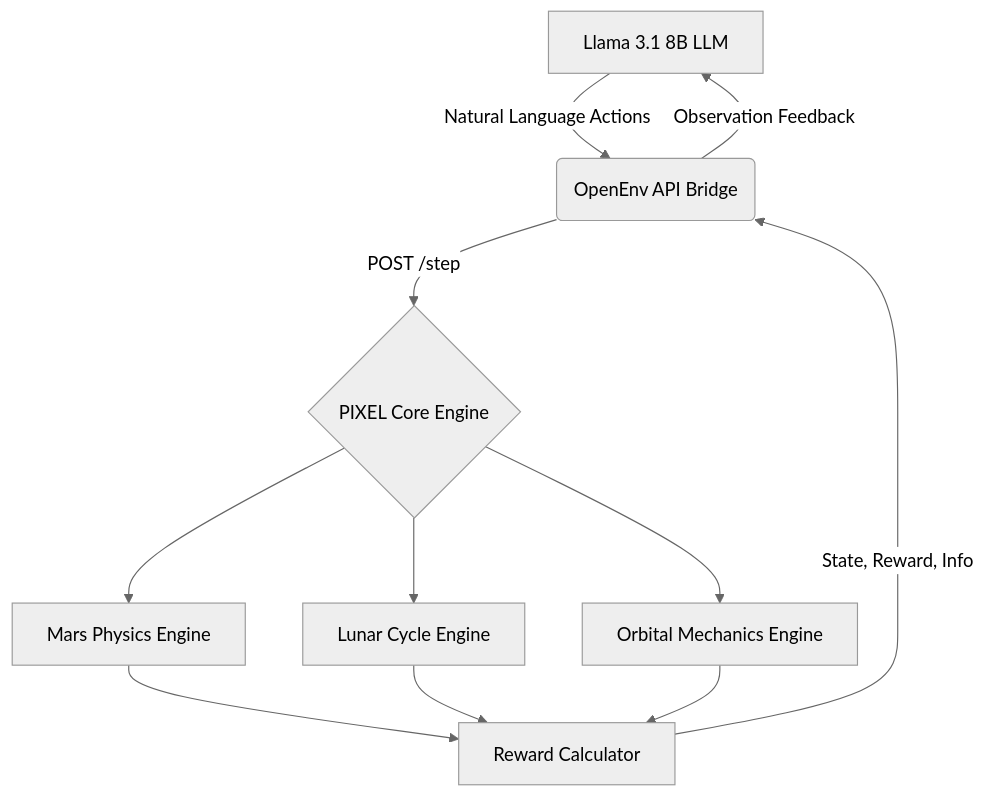
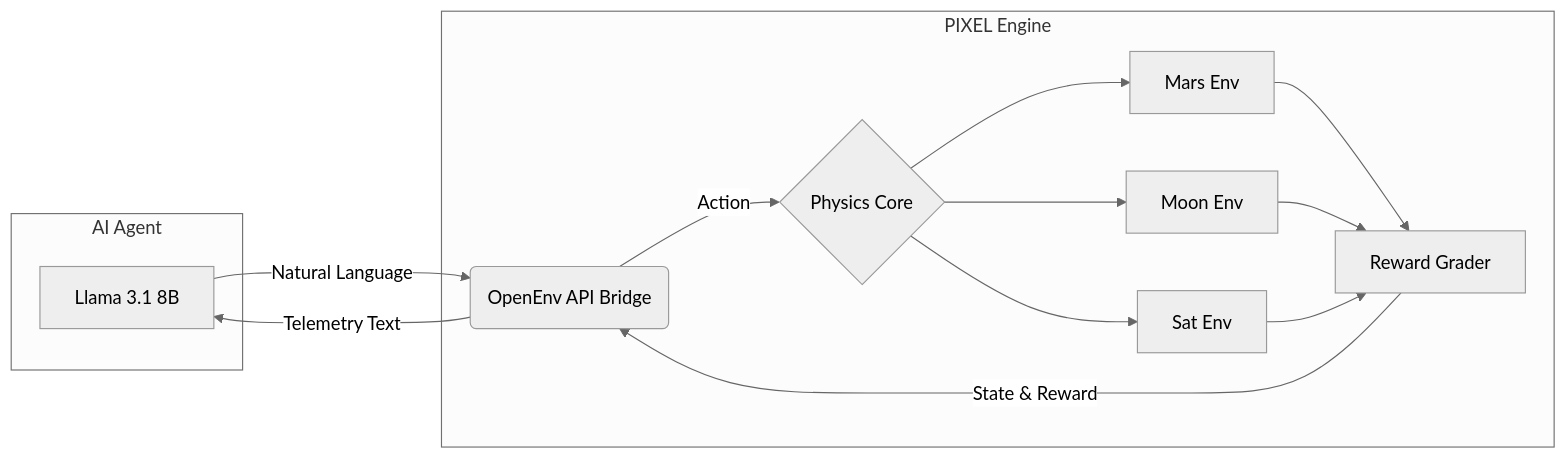
The diagram in README.md (Satyamgupta2365/PIXIE), drawn with Mermaid (neutral theme) before and after one commit. The commit also changed other lines of this file, not shown here.

````diff
--- a/README.md
+++ b/README.md
@@ -59,13 +55,22 @@
 ```mermaid
-graph TD
-    A[Llama 3.1 8B LLM] -->|Natural Language Actions| B(OpenEnv API Bridge)
-    B -->|POST /step| C{PIXEL Core Engine}
-    C --> D[Mars Physics Engine]
-    C --> E[Lunar Cycle Engine]
-    C --> F[Orbital Mechanics Engine]
-    D --> G[Reward Calculator]
-    E --> G
-    F --> G
-    G -->|State, Reward, Info| B
-    B -->|Observation Feedback| A
+flowchart LR
+    subgraph AI Agent
+    A[Llama 3.1 8B]
+    end
+
+    subgraph PIXEL Engine
+    B(OpenEnv API Bridge)
+    C{Physics Core}
+    D[Mars Env]
+    E[Moon Env]
+    F[Sat Env]
+    G[Reward Grader]
+    end
+
+    A -- Natural Language --> B
+    B -- Action --> C
+    C --> D & E & F
+    D & E & F --> G
+    G -- "State & Reward" --> B
+    B -- "Telemetry Text" --> A
 ```
````
